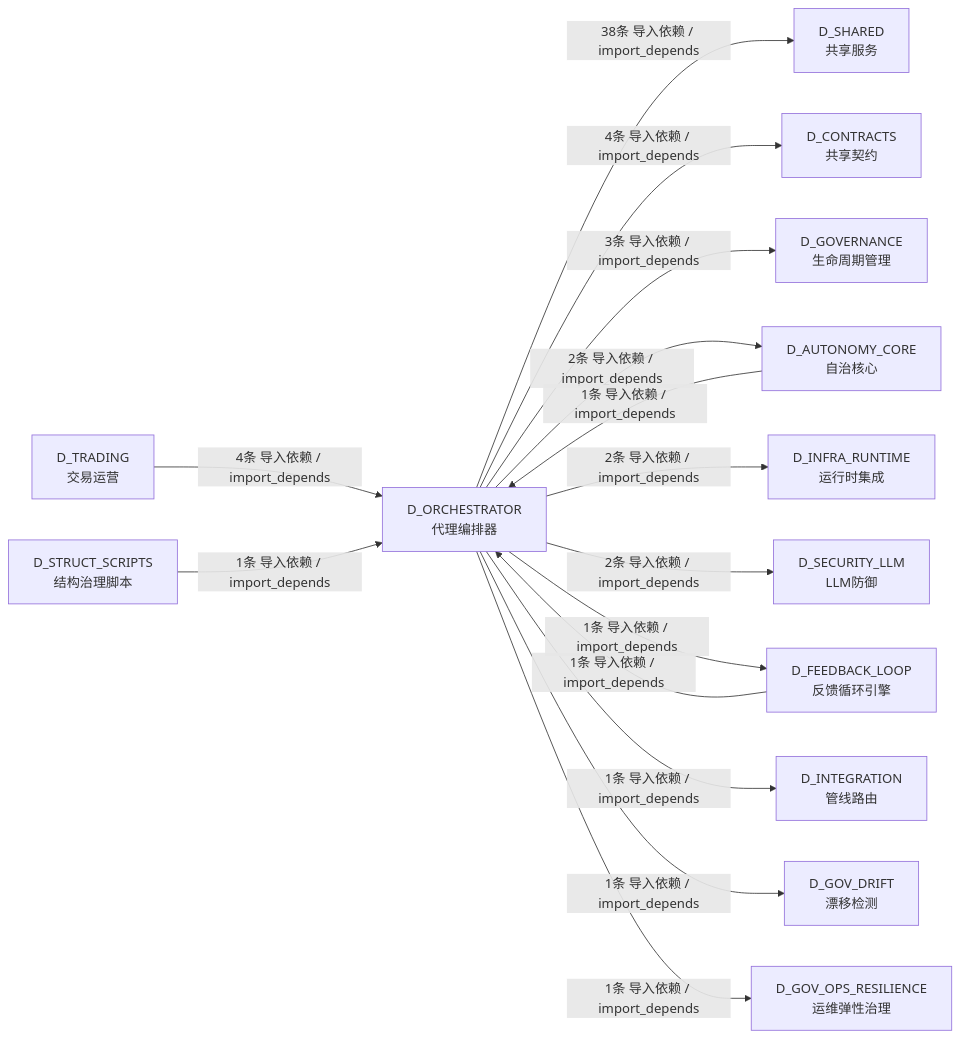
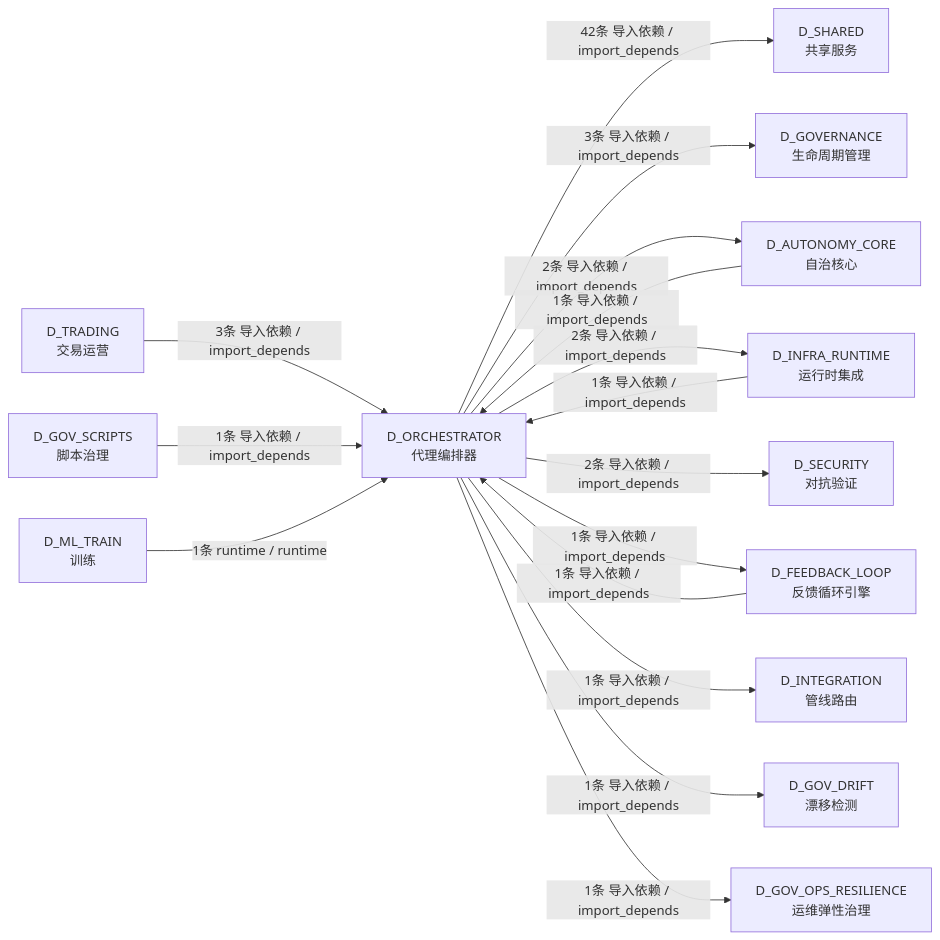
The fifth of 5 diagrams in docs/02_enterprise_architecture/02_domain_architecture_docs/25_d_orchestrator.md (xuanFelixVan/ZephyrAlpha), drawn with Mermaid before and after one commit. The commit also changed other lines of this file and 79 other files, not shown here.

````diff
--- a/docs/02_enterprise_architecture/02_domain_architecture_docs/25_d_orchestrator.md
+++ b/docs/02_enterprise_architecture/02_domain_architecture_docs/25_d_orchestrator.md
@@ -528,30 +526,31 @@
 ```mermaid
 graph LR
     D_ORCHESTRATOR["D_ORCHESTRATOR<br/>代理编排器"]
     D_SHARED["D_SHARED<br/>共享服务"]
-    D_CONTRACTS["D_CONTRACTS<br/>共享契约"]
     D_GOVERNANCE["D_GOVERNANCE<br/>生命周期管理"]
     D_AUTONOMY_CORE["D_AUTONOMY_CORE<br/>自治核心"]
     D_INFRA_RUNTIME["D_INFRA_RUNTIME<br/>运行时集成"]
-    D_SECURITY_LLM["D_SECURITY_LLM<br/>LLM防御"]
+    D_SECURITY["D_SECURITY<br/>对抗验证"]
     D_FEEDBACK_LOOP["D_FEEDBACK_LOOP<br/>反馈循环引擎"]
     D_INTEGRATION["D_INTEGRATION<br/>管线路由"]
     D_GOV_DRIFT["D_GOV_DRIFT<br/>漂移检测"]
     D_GOV_OPS_RESILIENCE["D_GOV_OPS_RESILIENCE<br/>运维弹性治理"]
     D_TRADING["D_TRADING<br/>交易运营"]
-    D_STRUCT_SCRIPTS["D_STRUCT_SCRIPTS<br/>结构治理脚本"]
-    D_ORCHESTRATOR -->|38条 导入依赖 / import_depends| D_SHARED
-    D_ORCHESTRATOR -->|4条 导入依赖 / import_depends| D_CONTRACTS
+    D_GOV_SCRIPTS["D_GOV_SCRIPTS<br/>脚本治理"]
+    D_ML_TRAIN["D_ML_TRAIN<br/>训练"]
+    D_ORCHESTRATOR -->|42条 导入依赖 / import_depends| D_SHARED
     D_ORCHESTRATOR -->|3条 导入依赖 / import_depends| D_GOVERNANCE
     D_ORCHESTRATOR -->|2条 导入依赖 / import_depends| D_AUTONOMY_CORE
     D_ORCHESTRATOR -->|2条 导入依赖 / import_depends| D_INFRA_RUNTIME
-    D_ORCHESTRATOR -->|2条 导入依赖 / import_depends| D_SECURITY_LLM
+    D_ORCHESTRATOR -->|2条 导入依赖 / import_depends| D_SECURITY
     D_ORCHESTRATOR -->|1条 导入依赖 / import_depends| D_FEEDBACK_LOOP
     D_ORCHESTRATOR -->|1条 导入依赖 / import_depends| D_INTEGRATION
     D_ORCHESTRATOR -->|1条 导入依赖 / import_depends| D_GOV_DRIFT
     D_ORCHESTRATOR -->|1条 导入依赖 / import_depends| D_GOV_OPS_RESILIENCE
-    D_TRADING -->|4条 导入依赖 / import_depends| D_ORCHESTRATOR
+    D_TRADING -->|3条 导入依赖 / import_depends| D_ORCHESTRATOR
     D_AUTONOMY_CORE -->|1条 导入依赖 / import_depends| D_ORCHESTRATOR
     D_FEEDBACK_LOOP -->|1条 导入依赖 / import_depends| D_ORCHESTRATOR
-    D_STRUCT_SCRIPTS -->|1条 导入依赖 / import_depends| D_ORCHESTRATOR
+    D_GOV_SCRIPTS -->|1条 导入依赖 / import_depends| D_ORCHESTRATOR
+    D_INFRA_RUNTIME -->|1条 导入依赖 / import_depends| D_ORCHESTRATOR
+    D_ML_TRAIN -->|1条 runtime / runtime| D_ORCHESTRATOR
 ```
````
